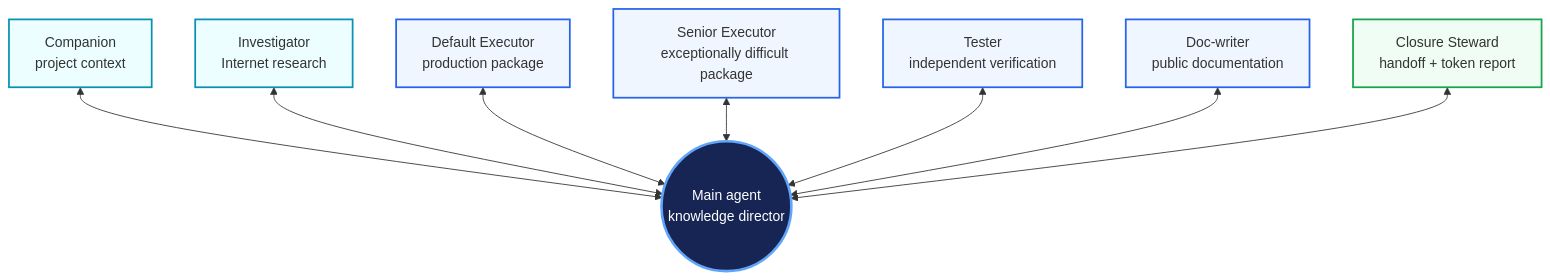
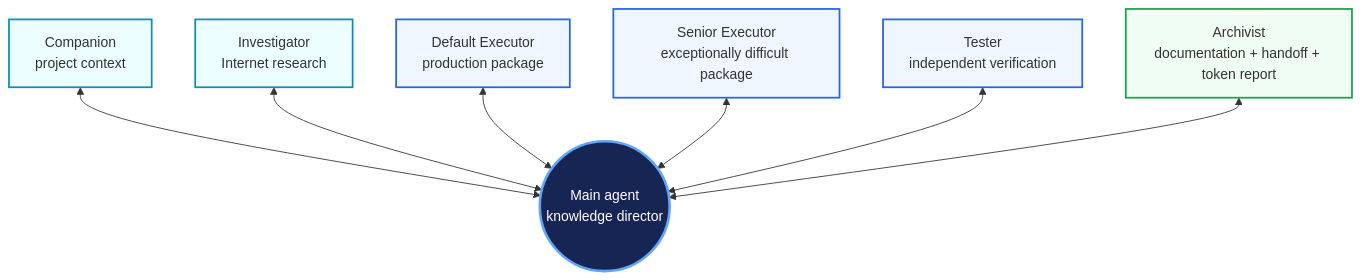
The diagram in workflow_break_down.md (Aerox912/codex_workflow), drawn with Mermaid before and after one commit. The commit also changed other lines of this file and 47 other files, not shown here.

````diff
--- a/workflow_break_down.md
+++ b/workflow_break_down.md
@@ -228,19 +229,18 @@
 ```mermaid
 flowchart TB
     C["Companion<br/>project context"] <--> M(("Main agent<br/>knowledge director"))
     I["Investigator<br/>Internet research"] <--> M
     E["Default Executor<br/>production package"] <--> M
     S["Senior Executor<br/>exceptionally difficult package"] <--> M
     T["Tester<br/>independent verification"] <--> M
-    D["Doc-writer<br/>public documentation"] <--> M
-    X["Closure Steward<br/>handoff + token report"] <--> M
+    D["Archivist<br/>documentation + handoff + token report"] <--> M
 
     classDef main fill:#172554,color:#fff,stroke:#60a5fa,stroke-width:3px;
     classDef support fill:#ecfeff,stroke:#0891b2,stroke-width:2px;
     classDef execution fill:#eff6ff,stroke:#2563eb,stroke-width:2px;
     classDef closure fill:#f0fdf4,stroke:#16a34a,stroke-width:2px;
     class M main;
     class C,I support;
-    class E,S,T,D execution;
-    class X closure;
+    class E,S,T execution;
+    class D closure;
 ```
````
